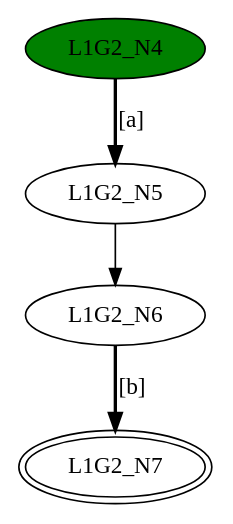
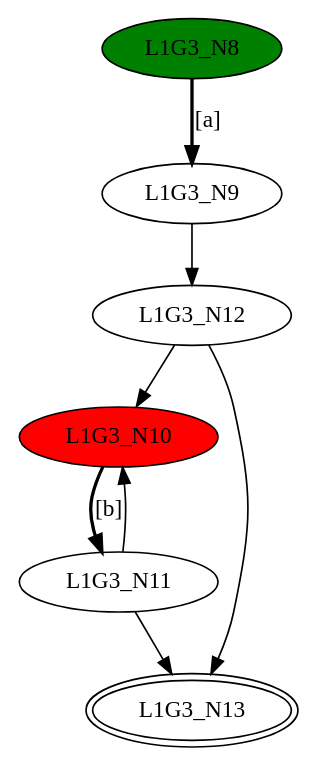
The diagram in DFASimulator/Testbench/merge1.dot (GDimitroulakos/EDUFLEX), drawn with Graphviz before and after one commit. The commit also changed 56 other files, not shown here.

Commit message:
Thompson Reporting graphs have been enchanced with closure color indication

```diff
--- a/DFASimulator/Testbench/merge1.dot
+++ b/DFASimulator/Testbench/merge1.dot
@@ -1,9 +1,15 @@
-digraph G2{
-"L1G2_N4" [style=filled,fillcolor=green];
-"L1G2_N5";
-"L1G2_N6";
-"L1G2_N7" [peripheries=2];
-"L1G2_N4"->"L1G2_N5" [style = bold, label = "[a]"];
-"L1G2_N6"->"L1G2_N7" [style = bold, label = "[b]"];
-"L1G2_N5"->"L1G2_N6";
+digraph G3{
+"L1G3_N8" [style=filled,fillcolor=green];
+"L1G3_N9";
+"L1G3_N10" [style=filled,fillcolor=red];
+"L1G3_N11";
+"L1G3_N12";
+"L1G3_N13" [peripheries=2];
+"L1G3_N8"->"L1G3_N9" [style = bold, label = "[a]"];
+"L1G3_N10"->"L1G3_N11" [style = bold, label = "[b]"];
+"L1G3_N12"->"L1G3_N10";
+"L1G3_N11"->"L1G3_N13";
+"L1G3_N12"->"L1G3_N13";
+"L1G3_N11"->"L1G3_N10";
+"L1G3_N9"->"L1G3_N12";
 }
```
